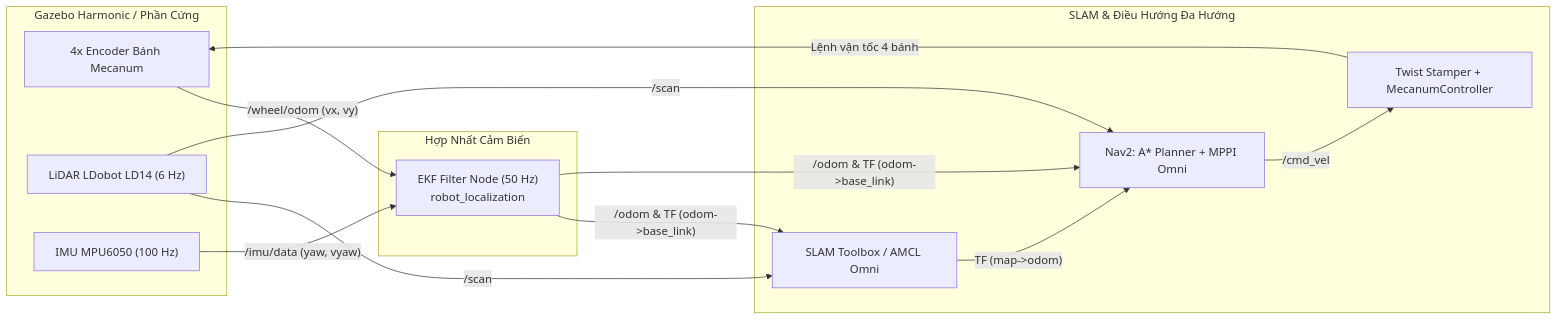
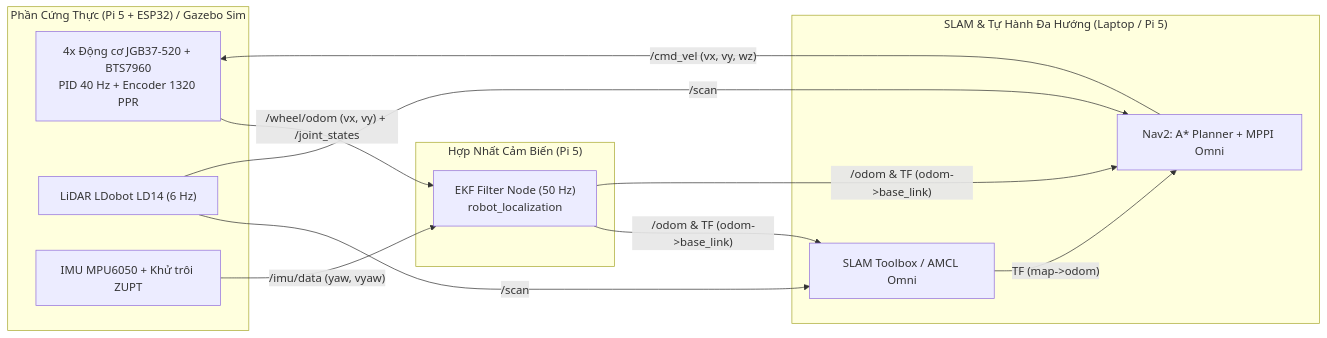
One commit to htkt28/mecanum_sim_ros2 changed the diagram in README.md. Above: the diagram before and after it, drawn with Mermaid. The commit also changed other lines of this file and 18 other files, not shown here.

Commit message:
feat: add real hardware bringup (Pi 5 + ESP32 + LD14 + ZUPT IMU), 2-tier URDF, and real room map

````diff
--- a/README.md
+++ b/README.md
@@ -27,26 +28,24 @@
 ```mermaid
 flowchart LR
-    subgraph Sim["Gazebo Harmonic / Phần Cứng"]
-        ENC["4x Encoder Bánh Mecanum"]
+    subgraph HW["Phần Cứng Thực (Pi 5 + ESP32) / Gazebo Sim"]
+        ENC["4x Động cơ JGB37-520 + BTS7960<br/>PID 40 Hz + Encoder 1320 PPR"]
         LD14["LiDAR LDobot LD14 (6 Hz)"]
-        MPU["IMU MPU6050 (100 Hz)"]
+        MPU["IMU MPU6050 + Khử trôi ZUPT"]
     end
 
-    subgraph Fusion["Hợp Nhất Cảm Biến"]
+    subgraph Fusion["Hợp Nhất Cảm Biến (Pi 5)"]
         EKF["EKF Filter Node (50 Hz)<br/>robot_localization"]
     end
 
-    subgraph Nav["SLAM & Điều Hướng Đa Hướng"]
+    subgraph Nav["SLAM & Tự Hành Đa Hướng (Laptop / Pi 5)"]
         SLAM["SLAM Toolbox / AMCL Omni"]
         NAVP["Nav2: A* Planner + MPPI Omni"]
-        TS["Twist Stamper + MecanumController"]
     end
 
-    ENC -->|"/wheel/odom (vx, vy)"| EKF
+    ENC -->|"/wheel/odom (vx, vy) + /joint_states"| EKF
     MPU -->|"/imu/data (yaw, vyaw)"| EKF
     EKF -->|"/odom & TF (odom->base_link)"| SLAM & NAVP
     LD14 -->|"/scan"| SLAM & NAVP
     SLAM -->|"TF (map->odom)"| NAVP
-    NAVP -->|"/cmd_vel"| TS
-    TS -->|"Lệnh vận tốc 4 bánh"| ENC
+    NAVP -->|"/cmd_vel (vx, vy, wz)"| ENC
 ```
````
